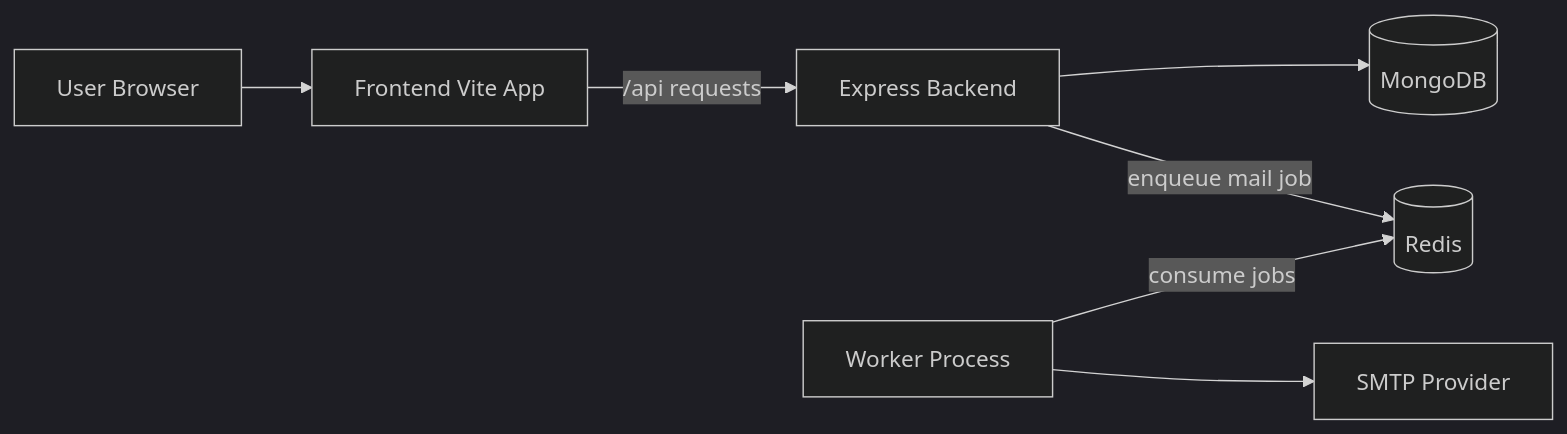
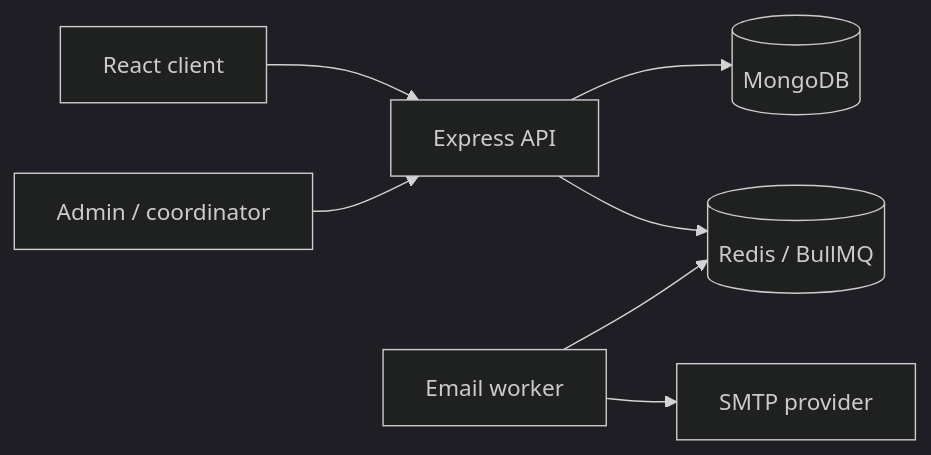
One commit to itzrahul02/clutch changed the diagram in README.md. Above: the diagram before and after it, drawn with Mermaid (dark theme). The commit also changed other lines of this file and 3 other files, not shown here.

````diff
--- a/README.md
+++ b/README.md
@@ -94,9 +47,9 @@
 ```mermaid
 flowchart LR
-  U[User Browser] --> F[Frontend Vite App]
-  F -->|/api requests| B[Express Backend]
-  B --> M[(MongoDB)]
-  B -->|enqueue mail job| R[(Redis)]
-  W[Worker Process] -->|consume jobs| R
-  W --> S[SMTP Provider]
+  Browser[React client] --> API[Express API]
+  API --> Mongo[(MongoDB)]
+  API --> Redis[(Redis / BullMQ)]
+  Worker[Email worker] --> Redis
+  Worker --> SMTP[SMTP provider]
+  Admin[Admin / coordinator] --> API
 ```
````
